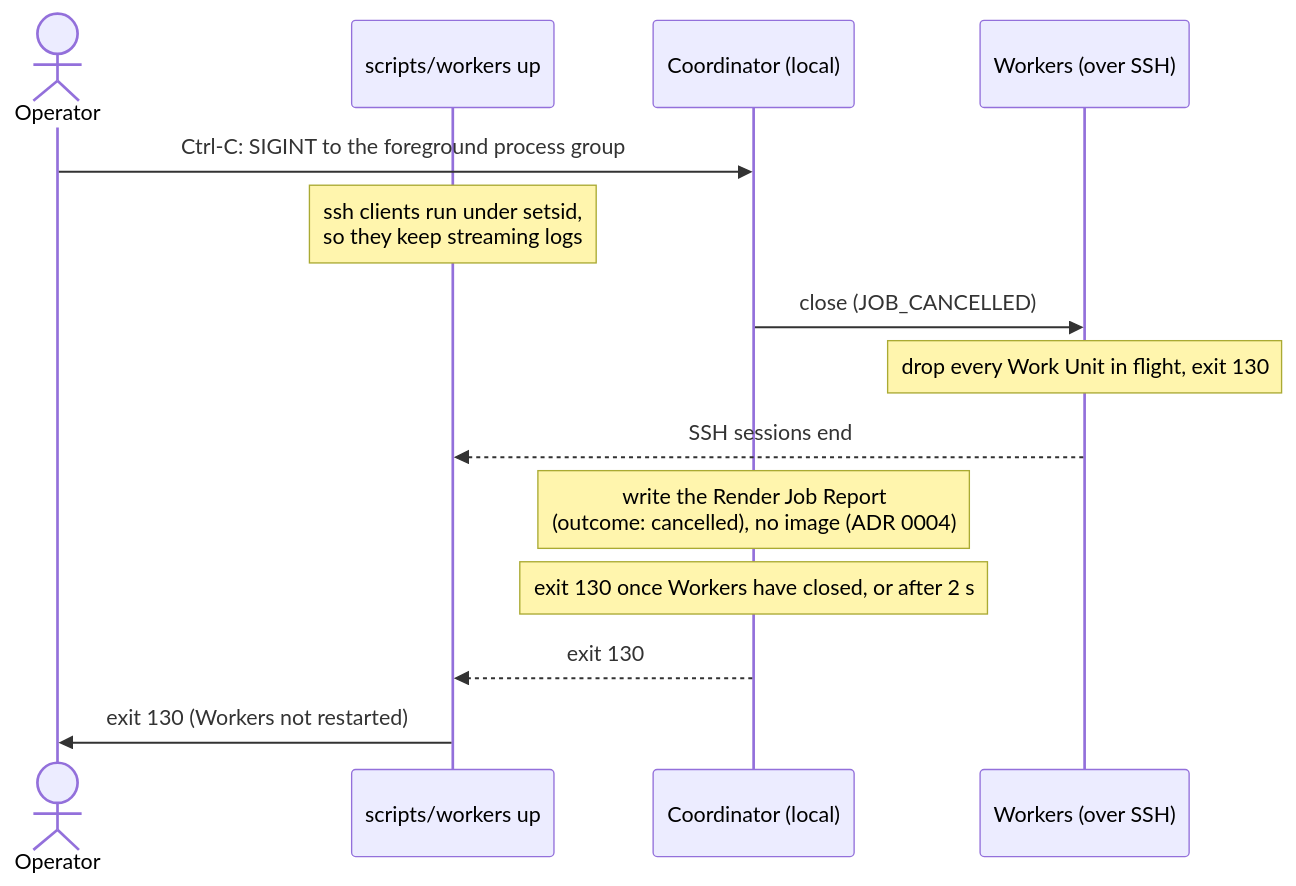
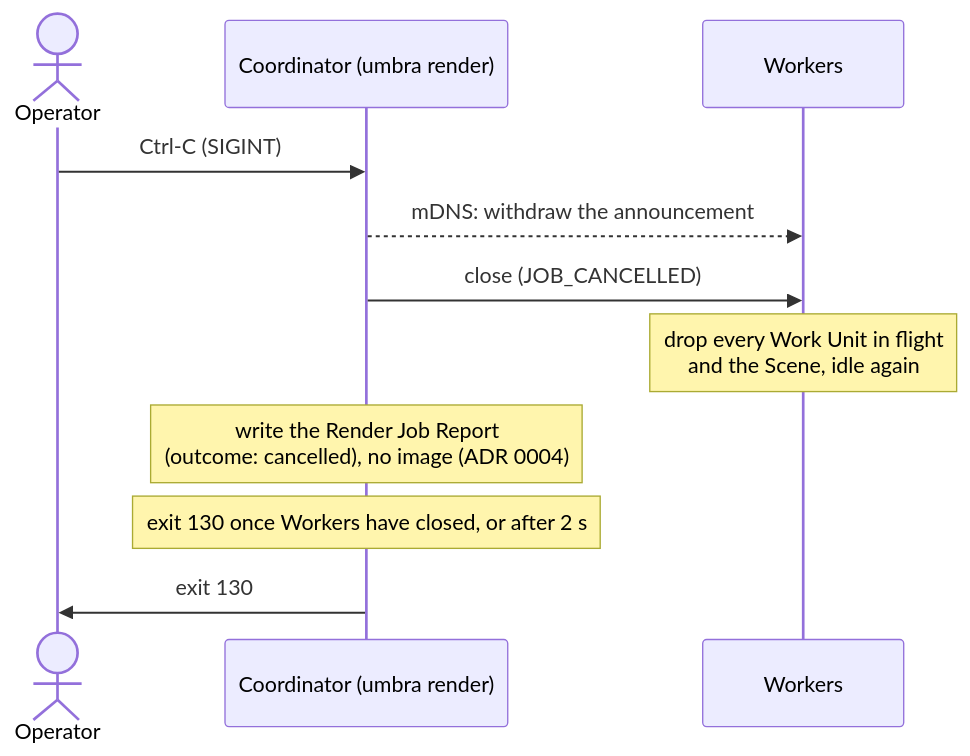
The sixth of 6 diagrams in docs/architecture/06-runtime-view.md (sergioffpc/umbra), drawn with Mermaid before and after one commit. The commit also changed other lines of this file and 17 other files, not shown here.

````diff
--- a/docs/architecture/06-runtime-view.md
+++ b/docs/architecture/06-runtime-view.md
@@ -187,16 +190,13 @@
 ```mermaid
 sequenceDiagram
     actor O as Operator
-    participant S as scripts/workers up
-    participant C as Coordinator (local)
-    participant W as Workers (over SSH)
-    O->>C: Ctrl-C: SIGINT to the foreground process group
-    Note over S: ssh clients run under setsid,<br/>so they keep streaming logs
+    participant C as Coordinator (umbra render)
+    participant W as Workers
+    O->>C: Ctrl-C (SIGINT)
+    C-->>W: mDNS: withdraw the announcement
     C->>W: close (JOB_CANCELLED)
-    Note over W: drop every Work Unit in flight, exit 130
-    W-->>S: SSH sessions end
+    Note over W: drop every Work Unit in flight<br/>and the Scene, idle again
     Note over C: write the Render Job Report<br/>(outcome: cancelled), no image (ADR 0004)
     Note over C: exit 130 once Workers have closed, or after 2 s
-    C-->>S: exit 130
-    S->>O: exit 130 (Workers not restarted)
+    C->>O: exit 130
 ```
````
